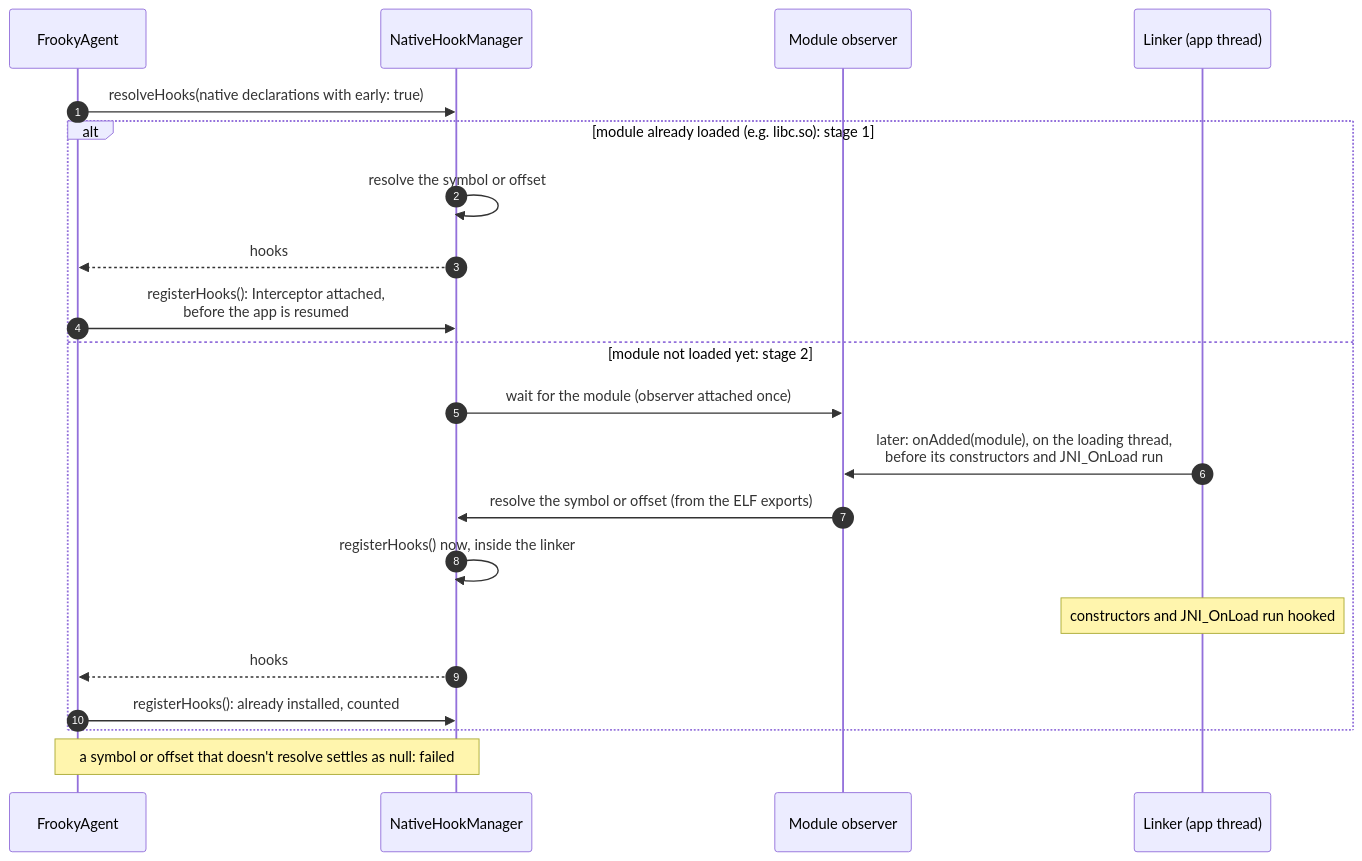
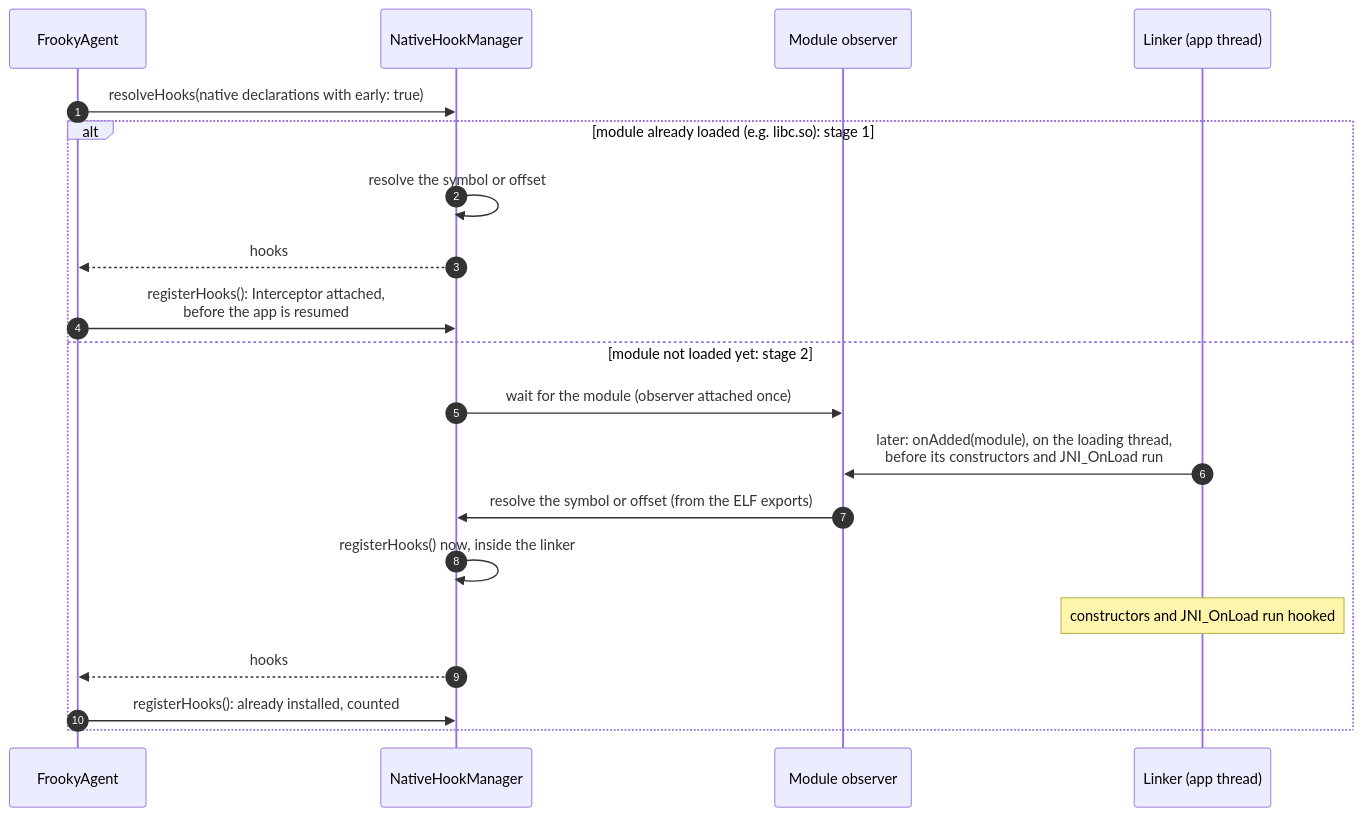
One commit to bernhste/frooky changed the sixth of 8 diagrams in docs/under-the-hood.md. Above: the diagram before and after it, drawn with Mermaid. The commit also changed other lines of this file and 21 other files, not shown here.

````diff
--- a/docs/under-the-hood.md
+++ b/docs/under-the-hood.md
@@ -230,26 +331,24 @@
 ```mermaid
 sequenceDiagram
     autonumber
     participant FA as FrookyAgent
     participant NM as NativeHookManager
     participant MO as Module observer
     participant LK as Linker (app thread)
 
     FA->>NM: resolveHooks(native declarations with early: true)
 
     alt module already loaded (e.g. libc.so): stage 1
         NM->>NM: resolve the symbol or offset
         NM-->>FA: hooks
         FA->>NM: registerHooks(): Interceptor attached,<br/>before the app is resumed
     else module not loaded yet: stage 2
         NM->>MO: wait for the module (observer attached once)
         LK->>MO: later: onAdded(module), on the loading thread,<br/>before its constructors and JNI_OnLoad run
         MO->>NM: resolve the symbol or offset (from the ELF exports)
         NM->>NM: registerHooks() now, inside the linker
         Note over LK: constructors and JNI_OnLoad run hooked
         NM-->>FA: hooks
         FA->>NM: registerHooks(): already installed, counted
     end
-
-    Note over FA,NM: a symbol or offset that doesn't resolve settles as null: failed
 ```
````
